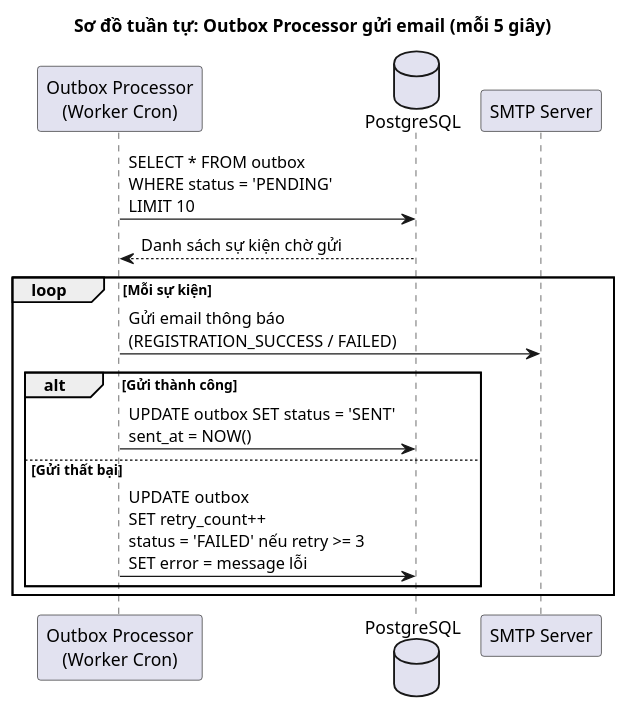
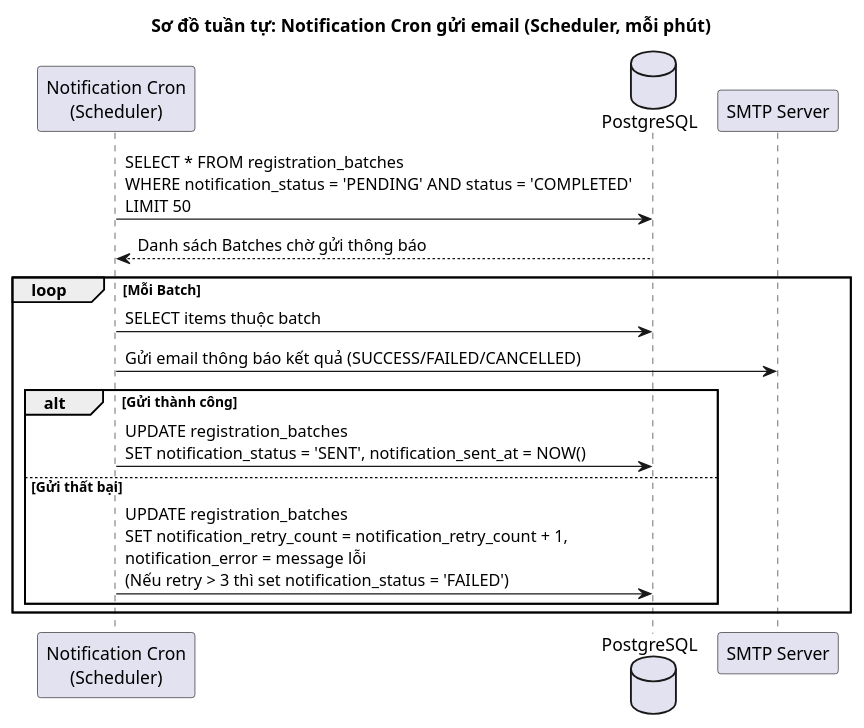
One commit to huyhuyqazwsx/do_an_tot_nghiep changed the fifth of 5 diagrams in docs/doc/sequence-diagrams.md. Above: the diagram before and after it, drawn with PlantUML. The commit also changed other lines of this file and 5 other files, not shown here.

````diff
--- a/docs/doc/sequence-diagrams.md
+++ b/docs/doc/sequence-diagrams.md
@@ -346,24 +211,25 @@
 ```plantuml
-@startuml SD_Outbox
-title Sơ đồ tuần tự: Outbox Processor gửi email (mỗi 5 giây)
+@startuml SD_Notification
+title Sơ đồ tuần tự: Notification Cron gửi email (Scheduler, mỗi phút)
 
-participant "Outbox Processor\n(Worker Cron)" as Cron
+participant "Notification Cron\n(Scheduler)" as Cron
 database "PostgreSQL" as DB
 participant "SMTP Server" as SMTP
 
-Cron -> DB : SELECT * FROM outbox\nWHERE status = 'PENDING'\nLIMIT 10
+Cron -> DB : SELECT * FROM registration_batches\nWHERE notification_status = 'PENDING' AND status = 'COMPLETED'\nLIMIT 50
 
-DB --> Cron : Danh sách sự kiện chờ gửi
+DB --> Cron : Danh sách Batches chờ gửi thông báo
 
-loop Mỗi sự kiện
-    Cron -> SMTP : Gửi email thông báo\n(REGISTRATION_SUCCESS / FAILED)
+loop Mỗi Batch
+    Cron -> DB : SELECT items thuộc batch
+    Cron -> SMTP : Gửi email thông báo kết quả (SUCCESS/FAILED/CANCELLED)
 
     alt Gửi thành công
-        Cron -> DB : UPDATE outbox SET status = 'SENT'\nsent_at = NOW()
+        Cron -> DB : UPDATE registration_batches\nSET notification_status = 'SENT', notification_sent_at = NOW()
     else Gửi thất bại
-        Cron -> DB : UPDATE outbox\nSET retry_count++\nstatus = 'FAILED' nếu retry >= 3\nSET error = message lỗi
+        Cron -> DB : UPDATE registration_batches\nSET notification_retry_count = notification_retry_count + 1,\nnotification_error = message lỗi\n(Nếu retry > 3 thì set notification_status = 'FAILED')
     end
 end
 
 @enduml
 ```
````
